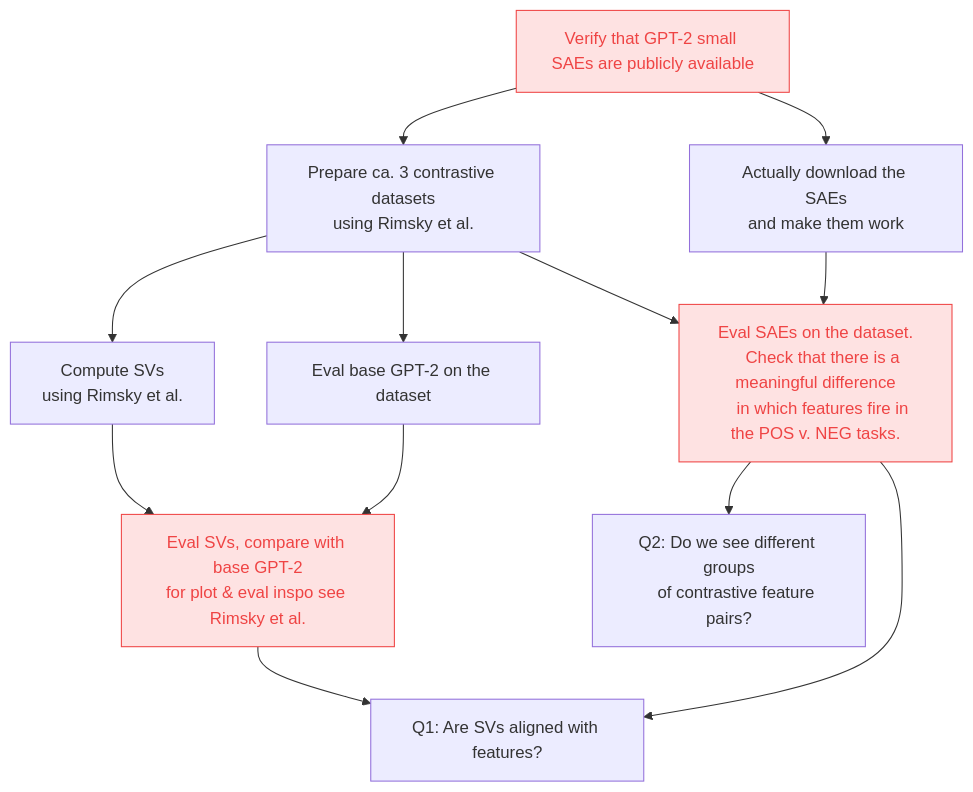
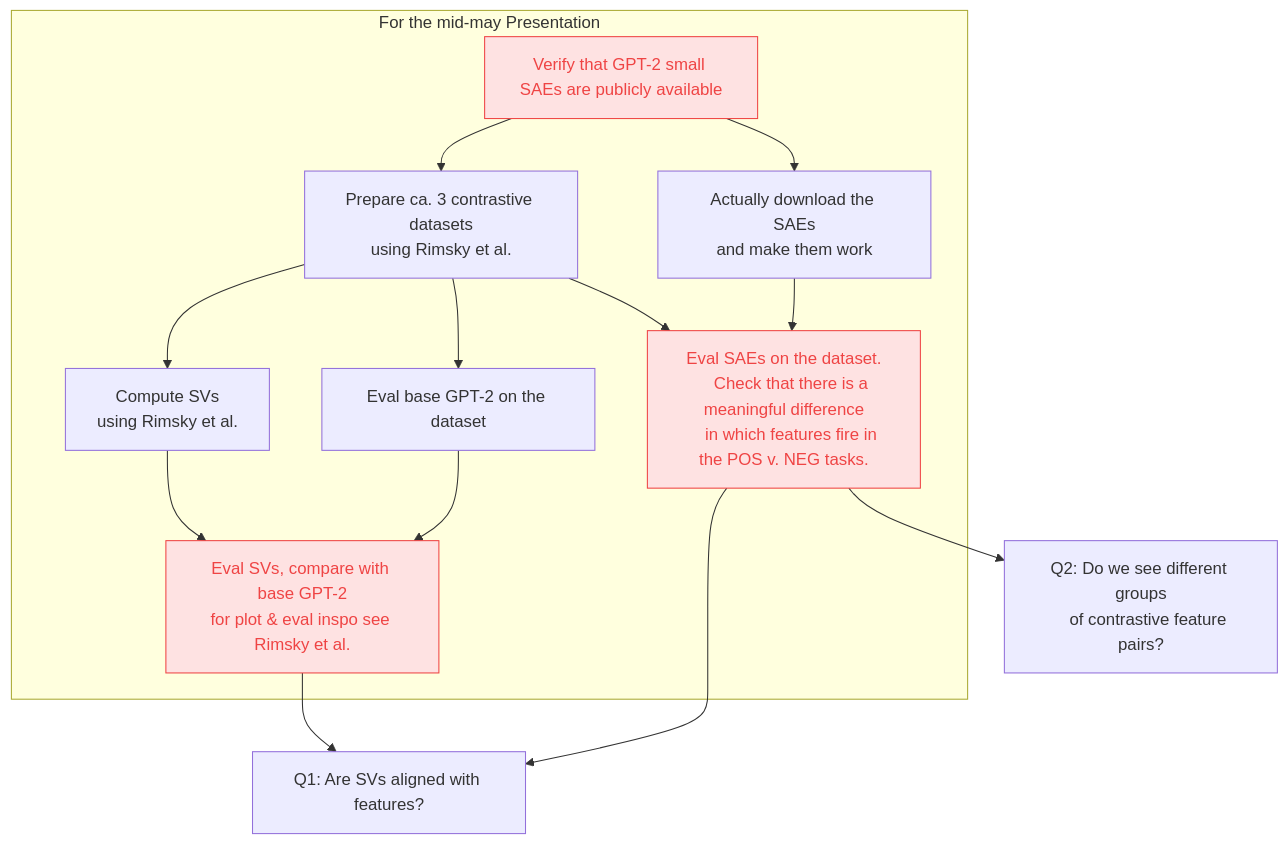
The diagram in README.md (Eugleo/eth-supervised-research), drawn with Mermaid before and after one commit.

Commit message:
Add nice-to–haves for the presentation

````diff
--- a/README.md
+++ b/README.md
@@ -7,47 +7,48 @@
 ```mermaid
 flowchart TD
 
 %% Node connections
-verify_saes --> dataset
-dataset --> compute_svs
-dataset --> eval_gpt2
-compute_svs --> eval_svs
-eval_gpt2 --> eval_svs
+subgraph For the mid-may Presentation
+    verify_saes --> dataset
+    dataset --> compute_svs
+    dataset --> eval_gpt2
+    compute_svs --> eval_svs
+    eval_gpt2 --> eval_svs
+
+    verify_saes --> run_saes
+    dataset --> eval_saes
+    run_saes --> eval_saes
+end
 
 eval_svs --> q1
-
-verify_saes --> run_saes
-dataset --> eval_saes
-run_saes --> eval_saes
 eval_saes --> q1
 eval_saes --> q2
-
 
 %% Node titles
 verify_saes[Verify that GPT-2 small SAEs are publicly available]
 dataset[Prepare ca. 3 contrastive datasets\nusing Rimsky et al.]
 compute_svs[Compute SVs\nusing Rimsky et al.]
 eval_gpt2[Eval base GPT-2 on the dataset]
 run_saes[Actually download the SAEs\nand make them work]
 eval_svs[Eval SVs, compare with base GPT-2\nfor plot & eval inspo see Rimsky et al.]
 eval_saes[
     Eval SAEs on the dataset.
     Check that there is a meaningful difference
     in which features fire in the POS v. NEG tasks.
 ]
 
 %% Questions
 q1[
     Q1: Are SVs aligned with features?
 ]
 q2[
     Q2: Do we see different groups
     of contrastive feature pairs?
 ]
 
 %% Styling for the critical steps
 classDef critical fill:#FEE2E2,stroke:#333,color:#EF4444,stroke:#EF4444
 
 %% List of critical steps
 class verify_saes,eval_svs,eval_saes critical
 ```
````
